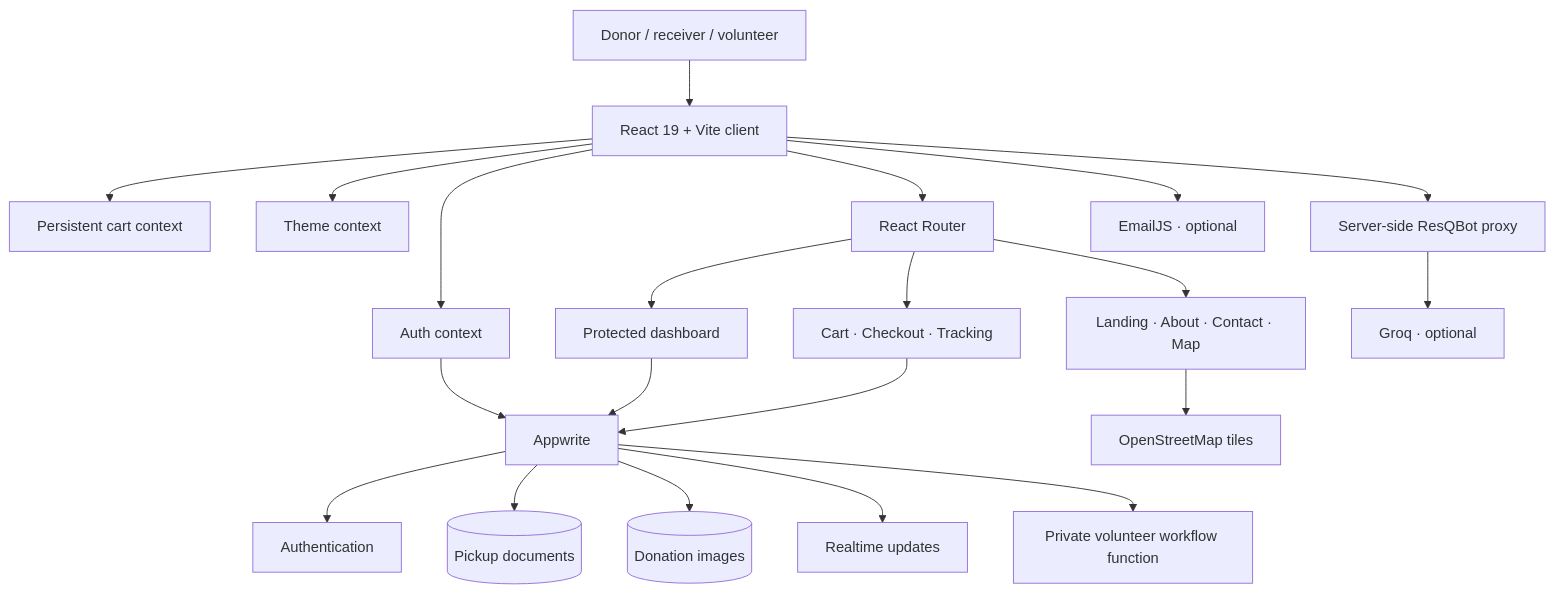
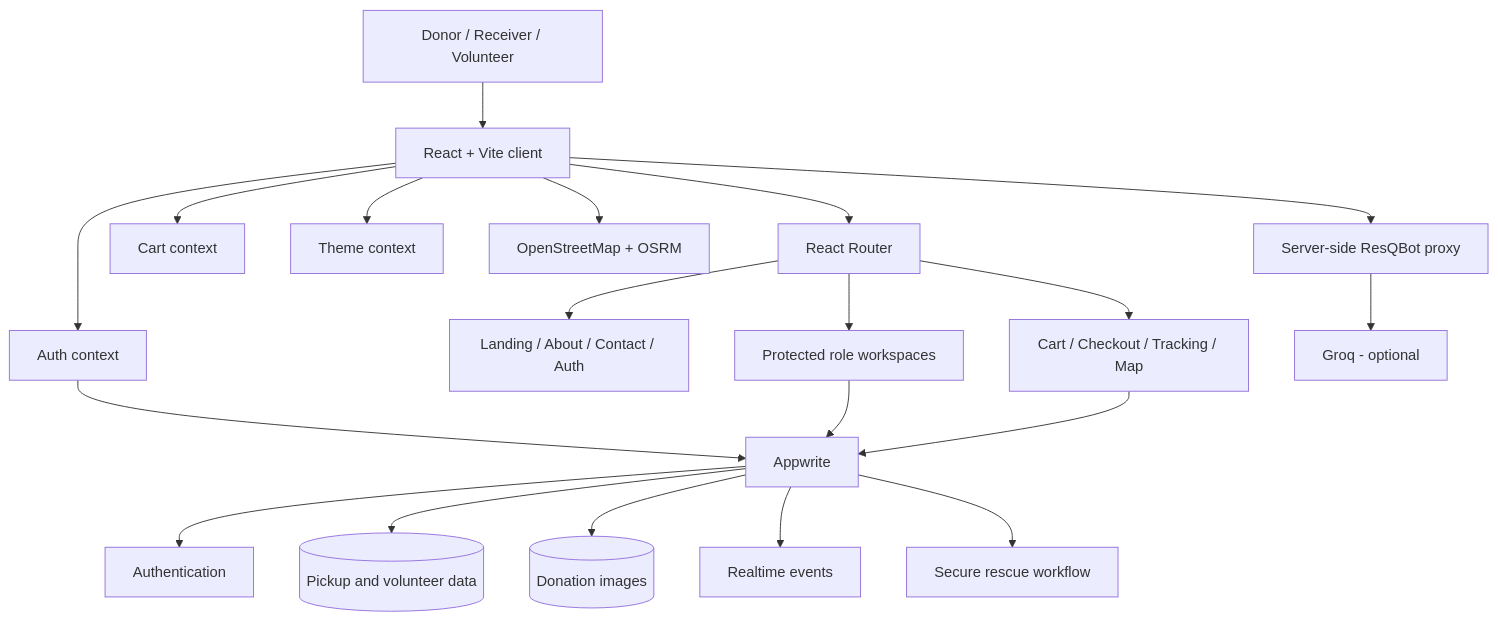
Before and after one commit to salonyranjan/ResQpla8: the second of 2 diagrams in README.md, drawn with Mermaid. The commit also changed other lines of this file and 23 other files, not shown here.

Commit message:
feat: secure rescue workflows and refresh product experience

````diff
--- a/README.md
+++ b/README.md
@@ -190,23 +143,26 @@
 ```mermaid
 flowchart TD
-  U["Donor / receiver / volunteer"] --> UI["React 19 + Vite client"]
-  UI --> AUTH["Auth context"]
-  UI --> CART["Persistent cart context"]
-  UI --> THEME["Theme context"]
-  UI --> ROUTER["React Router"]
-  ROUTER --> PUBLIC["Landing · About · Contact · Map"]
-  ROUTER --> DASH["Protected dashboard"]
-  ROUTER --> FLOW["Cart · Checkout · Tracking"]
-  AUTH --> AW["Appwrite"]
+  U[Donor / Receiver / Volunteer] --> UI[React + Vite client]
+  UI --> ROUTER[React Router]
+  UI --> AUTH[Auth context]
+  UI --> CART[Cart context]
+  UI --> THEME[Theme context]
+
+  ROUTER --> PUBLIC[Landing / About / Contact / Auth]
+  ROUTER --> DASH[Protected role workspaces]
+  ROUTER --> FLOW[Cart / Checkout / Tracking / Map]
+
+  AUTH --> AW[Appwrite]
   DASH --> AW
   FLOW --> AW
-  AW --> ACCOUNT["Authentication"]
-  AW --> DB[("Pickup documents")]
-  AW --> STORAGE[("Donation images")]
-  AW --> REALTIME["Realtime updates"]
-  AW --> WORKFLOW["Private volunteer workflow function"]
-  UI --> PROXY["Server-side ResQBot proxy"]
-  PROXY --> GROQ["Groq · optional"]
-  UI --> EMAIL["EmailJS · optional"]
-  PUBLIC --> OSM["OpenStreetMap tiles"]
+
+  AW --> ACCOUNT[Authentication]
+  AW --> DB[(Pickup and volunteer data)]
+  AW --> STORAGE[(Donation images)]
+  AW --> REALTIME[Realtime events]
+  AW --> FUNCTION[Secure rescue workflow]
+
+  UI --> MAPS[OpenStreetMap + OSRM]
+  UI --> BOT[Server-side ResQBot proxy]
+  BOT --> GROQ[Groq - optional]
 ```
````
